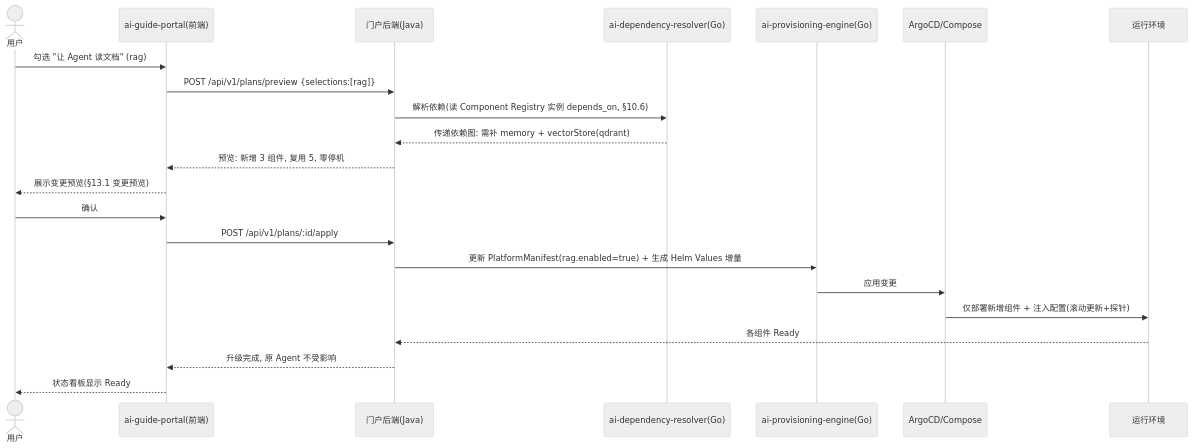
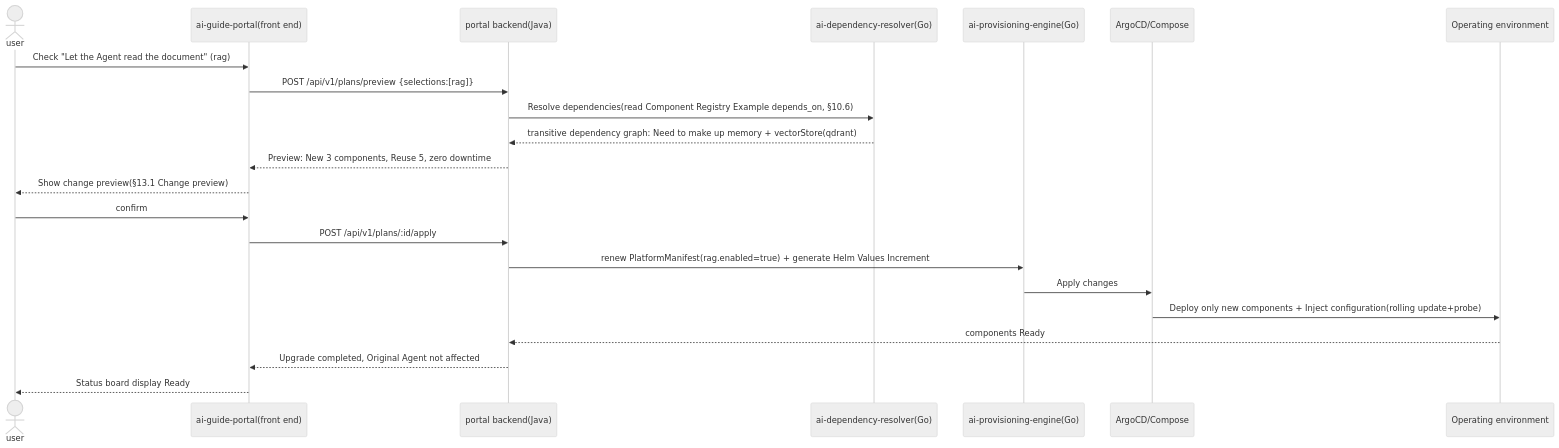
The second of 3 diagrams in design/DESIGN.md (open-strata-ai/ai-guide-portal), drawn with Mermaid (neutral theme) before and after one commit. The commit also changed other lines of this file and 10 other files, not shown here.

````diff
--- a/design/DESIGN.md
+++ b/design/DESIGN.md
@@ -93,25 +93,25 @@
 ```mermaid
 sequenceDiagram
-    actor U as 用户
-    participant P as ai-guide-portal(前端)
-    participant GP as 门户后端(Java)
+    actor U as user
+    participant P as ai-guide-portal(front end)
+    participant GP as portal backend(Java)
     participant DR as ai-dependency-resolver(Go)
     participant PE as ai-provisioning-engine(Go)
     participant CD as ArgoCD/Compose
-    participant CL as 运行环境
+    participant CL as Operating environment
 
-    U->>P: 勾选 "让 Agent 读文档" (rag)
+    U->>P: Check "Let the Agent read the document" (rag)
     P->>GP: POST /api/v1/plans/preview {selections:[rag]}
-    GP->>DR: 解析依赖(读 Component Registry 实例 depends_on, §10.6)
-    DR-->>GP: 传递依赖图: 需补 memory + vectorStore(qdrant)
-    GP-->>P: 预览: 新增 3 组件, 复用 5, 零停机
-    P-->>U: 展示变更预览(§13.1 变更预览)
-    U->>P: 确认
+    GP->>DR: Resolve dependencies(read Component Registry Example depends_on, §10.6)
+    DR-->>GP: transitive dependency graph: Need to make up memory + vectorStore(qdrant)
+    GP-->>P: Preview: New 3 components, Reuse 5, zero downtime
+    P-->>U: Show change preview(§13.1 Change preview)
+    U->>P: confirm
     P->>GP: POST /api/v1/plans/:id/apply
-    GP->>PE: 更新 PlatformManifest(rag.enabled=true) + 生成 Helm Values 增量
-    PE->>CD: 应用变更
-    CD->>CL: 仅部署新增组件 + 注入配置(滚动更新+探针)
-    CL-->>GP: 各组件 Ready
-    GP-->>P: 升级完成, 原 Agent 不受影响
-    P-->>U: 状态看板显示 Ready
+    GP->>PE: renew PlatformManifest(rag.enabled=true) + generate Helm Values Increment
+    PE->>CD: Apply changes
+    CD->>CL: Deploy only new components + Inject configuration(rolling update+probe)
+    CL-->>GP: components Ready
+    GP-->>P: Upgrade completed, Original Agent not affected
+    P-->>U: Status board display Ready
 ```
````
